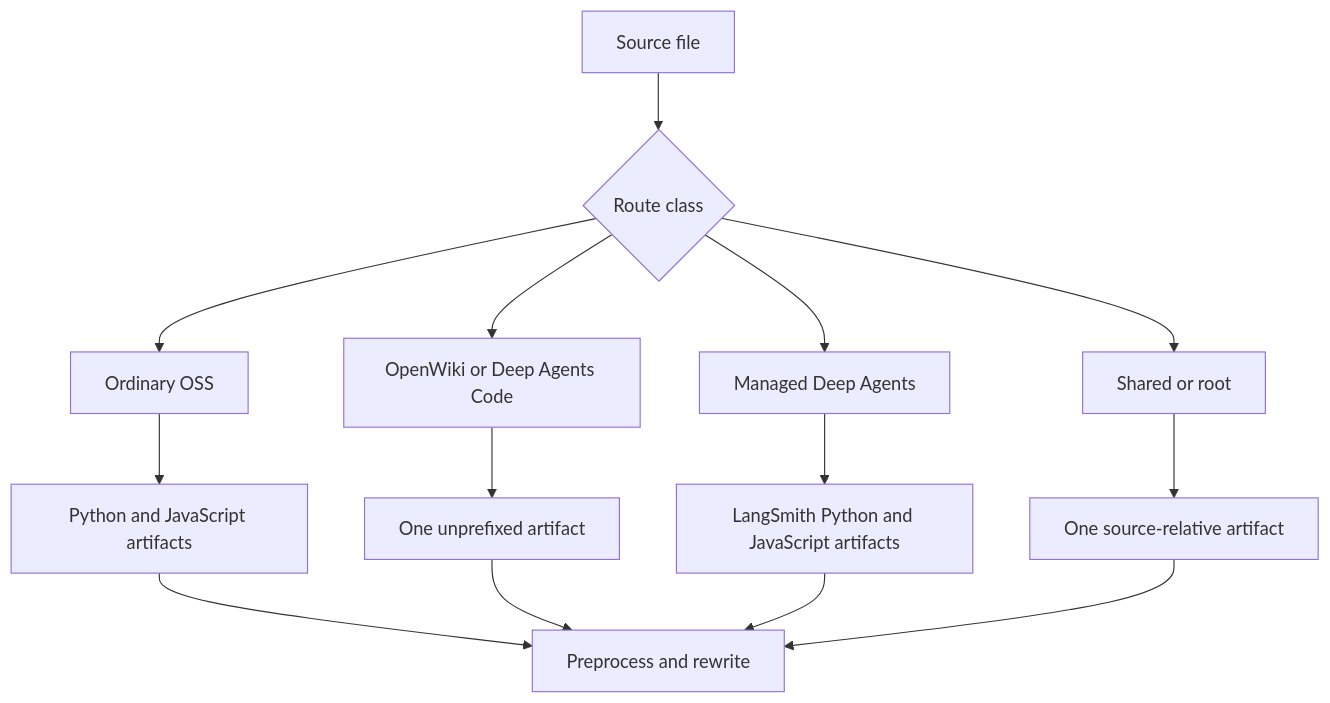
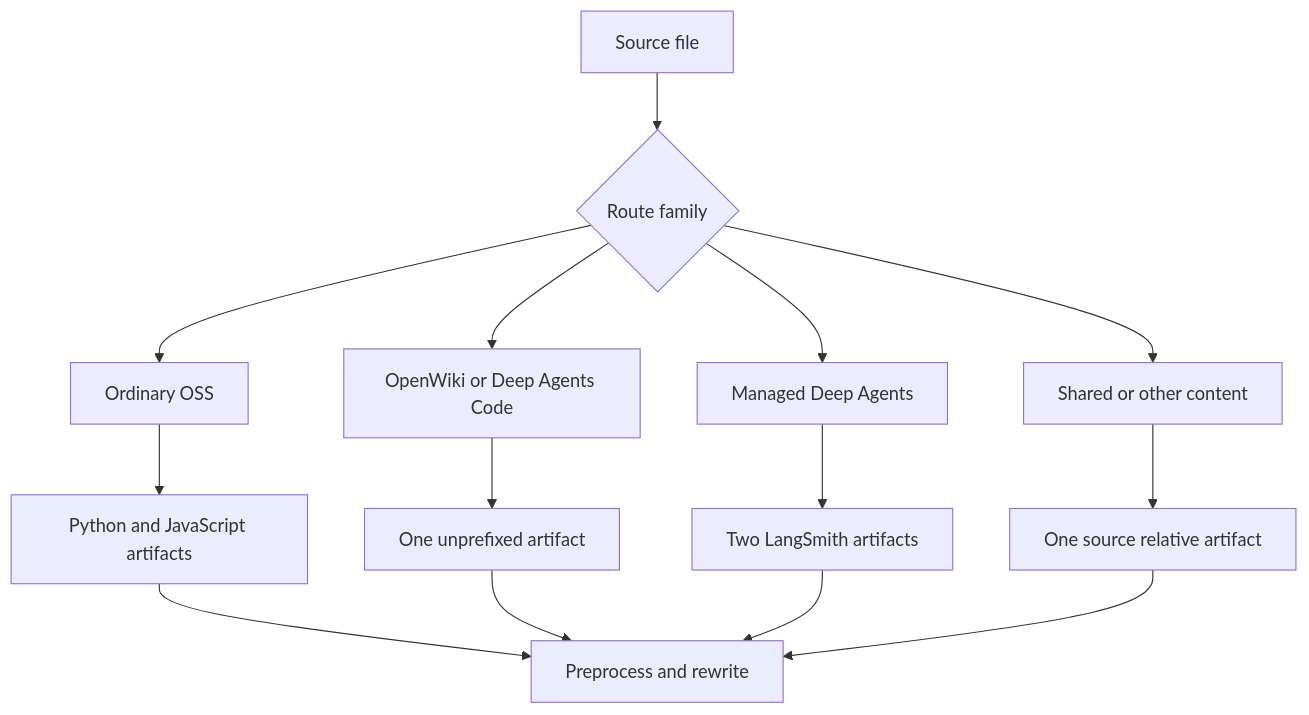
The first of 2 diagrams in openwiki/testing/builder-tests.md (langchain-ai/docs), drawn with Mermaid before and after one commit. The commit also changed other lines of this file and 41 other files, not shown here.

````diff
--- a/openwiki/testing/builder-tests.md
+++ b/openwiki/testing/builder-tests.md
@@ -61,16 +61,16 @@
 ```mermaid
 flowchart TD
-    Source["Source file"] --> Classify{"Route class"}
+    Source["Source file"] --> Classify{"Route family"}
     Classify --> Ordinary["Ordinary OSS"]
     Classify --> Product["OpenWiki or Deep Agents Code"]
     Classify --> Managed["Managed Deep Agents"]
-    Classify --> Shared["Shared or root"]
+    Classify --> Shared["Shared or other content"]
     Ordinary --> Variants["Python and JavaScript artifacts"]
     Product --> OneProduct["One unprefixed artifact"]
-    Managed --> ManagedVariants["LangSmith Python and JavaScript artifacts"]
-    Shared --> OneShared["One source-relative artifact"]
+    Managed --> ManagedVariants["Two LangSmith artifacts"]
+    Shared --> OneShared["One source relative artifact"]
     Variants --> Transform["Preprocess and rewrite"]
     OneProduct --> Transform
     ManagedVariants --> Transform
     OneShared --> Transform
 ```
````
